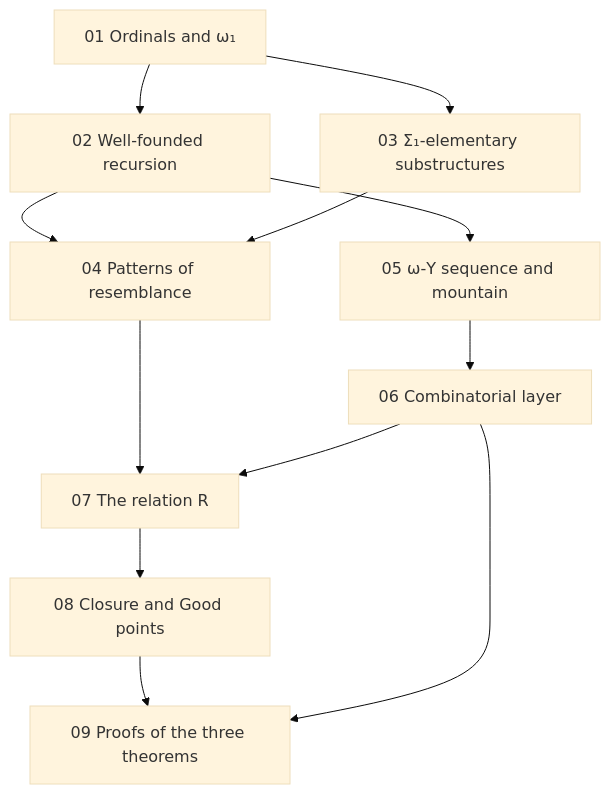
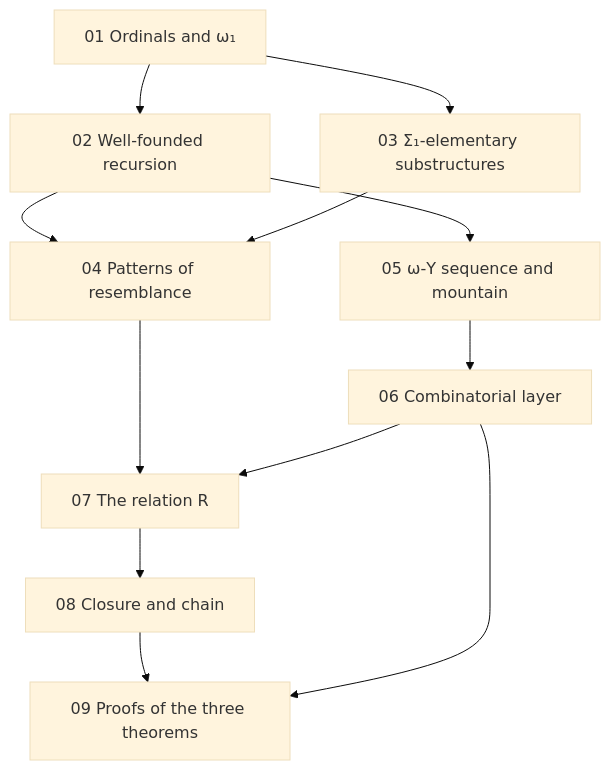
The diagram in study/en/README.md (koteitan/wmwy-wo-por), drawn with Mermaid (base theme) before and after one commit. The commit also changed other lines of this file and 22 other files, not shown here.

````diff
--- a/study/en/README.md
+++ b/study/en/README.md
@@ -29,14 +29,14 @@
 ```mermaid
 flowchart TB
   N01["01 Ordinals and ω₁"] --> N02["02 Well-founded recursion"]
   N01 --> N03["03 Σ₁-elementary substructures"]
   N02 --> N04["04 Patterns of resemblance"]
   N03 --> N04
   N02 --> N05["05 ω-Y sequence and mountain"]
   N05 --> N06["06 Combinatorial layer"]
   N04 --> N07["07 The relation R"]
   N06 --> N07
-  N07 --> N08["08 Closure and Good points"]
+  N07 --> N08["08 Closure and chain"]
   N08 --> N09["09 Proofs of the three theorems"]
   N06 --> N09
 ```
````
